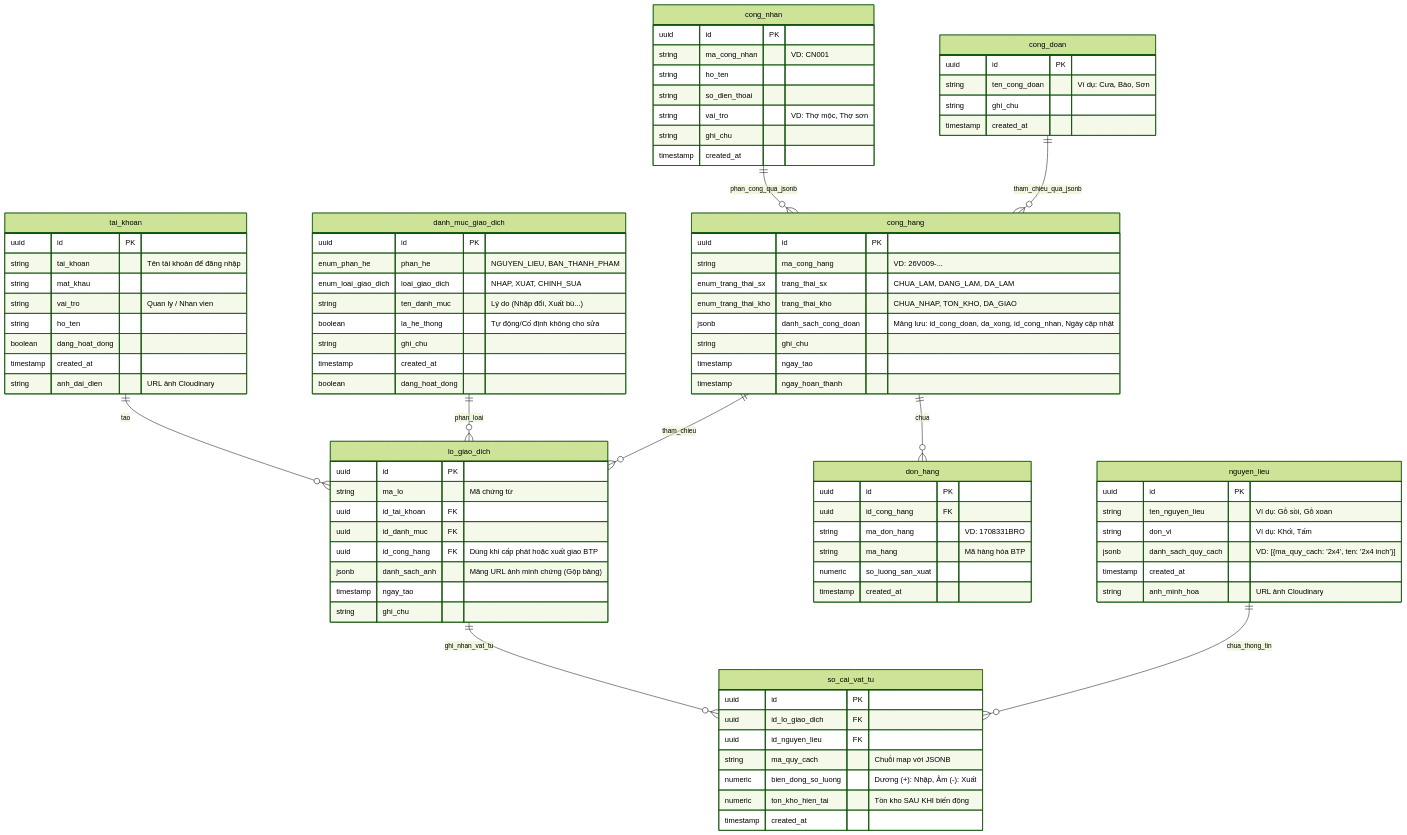
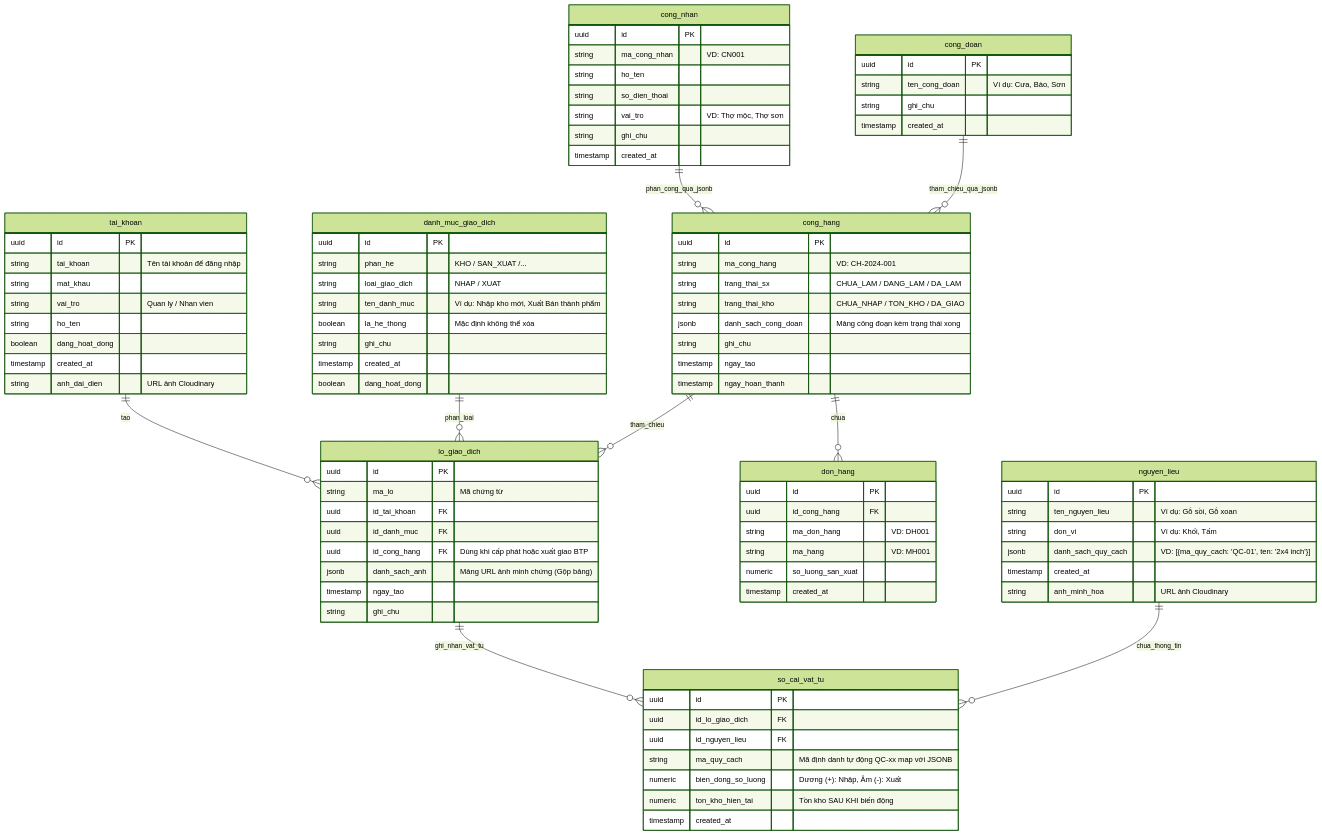
One commit to NMTcoderhihihi/itkeybay changed the diagram in docs/DATABASE_SCHEMA.md. Above: the diagram before and after it, drawn with Mermaid (forest theme). The commit also changed other lines of this file and 10 other files, not shown here.

```diff
--- a/docs/DATABASE_SCHEMA.md
+++ b/docs/DATABASE_SCHEMA.md
@@ -32,7 +32,7 @@
         uuid id PK
         string ten_nguyen_lieu "Ví dụ: Gỗ sồi, Gỗ xoan"
         string don_vi "Ví dụ: Khối, Tấm"
-        jsonb danh_sach_quy_cach "VD: [{ma_quy_cach: '2x4', ten: '2x4 inch'}]"
+        jsonb danh_sach_quy_cach "VD: [{ma_quy_cach: 'QC-01', ten: '2x4 inch'}]"
         timestamp created_at
         string anh_minh_hoa "URL ảnh Cloudinary"
     }
@@ -61,41 +61,42 @@
     }
 
     %% ==========================================
-    %% 5. SẢN XUẤT & BÁN THÀNH PHẨM (Gộp Công đoạn bằng JSONB)
+    %% 5. QUẢN LÝ CÔNG HÀNG SẢN XUẤT (Kèm Đơn hàng con)
     %% ==========================================
     cong_hang {
         uuid id PK
-        string ma_cong_hang "VD: 26V009-..."
-        enum_trang_thai_sx trang_thai_sx "CHUA_LAM, DANG_LAM, DA_LAM"
-        enum_trang_thai_kho trang_thai_kho "CHUA_NHAP, TON_KHO, DA_GIAO"
-        jsonb danh_sach_cong_doan "Mảng lưu: id_cong_doan, da_xong, id_cong_nhan, Ngày cập nhật"
+        string ma_cong_hang "VD: CH-2024-001"
+        string trang_thai_sx "CHUA_LAM / DANG_LAM / DA_LAM"
+        string trang_thai_kho "CHUA_NHAP / TON_KHO / DA_GIAO"
+        jsonb danh_sach_cong_doan "Mảng công đoạn kèm trạng thái xong"
         string ghi_chu
         timestamp ngay_tao
         timestamp ngay_hoan_thanh
     }
+
     don_hang {
         uuid id PK
         uuid id_cong_hang FK
-        string ma_don_hang "VD: 1708331BRO"
-        string ma_hang "Mã hàng hóa BTP"
+        string ma_don_hang "VD: DH001"
+        string ma_hang "VD: MH001"
         numeric so_luong_san_xuat
         timestamp created_at
     }
 
     %% ==========================================
-    %% 6. GIAO DỊCH CHUNG & ẢNH MINH CHỨNG (Gộp JSONB)
+    %% 6. DANH MỤC GIAO DỊCH & LÔ GIAO DỊCH KHO
     %% ==========================================
     danh_muc_giao_dich {
         uuid id PK
-        enum_phan_he phan_he "NGUYEN_LIEU, BAN_THANH_PHAM"
-        enum_loai_giao_dich loai_giao_dich "NHAP, XUAT, CHINH_SUA"
-        string ten_danh_muc "Lý do (Nhập đổi, Xuất bù...)"
-        boolean la_he_thong "Tự động/Cố định không cho sửa"
+        string phan_he "KHO / SAN_XUAT /..."
+        string loai_giao_dich "NHAP / XUAT"
+        string ten_danh_muc "Ví dụ: Nhập kho mới, Xuất Bán thành phẩm"
+        boolean la_he_thong "Mặc định không thể xóa"
         string ghi_chu
         timestamp created_at
         boolean dang_hoat_dong
     }
-    %% Lô giao dịch (Chứa mảng JSONB ảnh đính kèm)
+
     lo_giao_dich {
         uuid id PK
         string ma_lo "Mã chứng từ"
@@ -114,7 +115,7 @@
         uuid id PK
         uuid id_lo_giao_dich FK
         uuid id_nguyen_lieu FK
-        string ma_quy_cach "Chuỗi map với JSONB"
+        string ma_quy_cach "Mã định danh tự động QC-xx map với JSONB"
         numeric bien_dong_so_luong "Dương (+): Nhập, Âm (-): Xuất"
         numeric ton_kho_hien_tai "Tồn kho SAU KHI biến động"
         timestamp created_at
```
